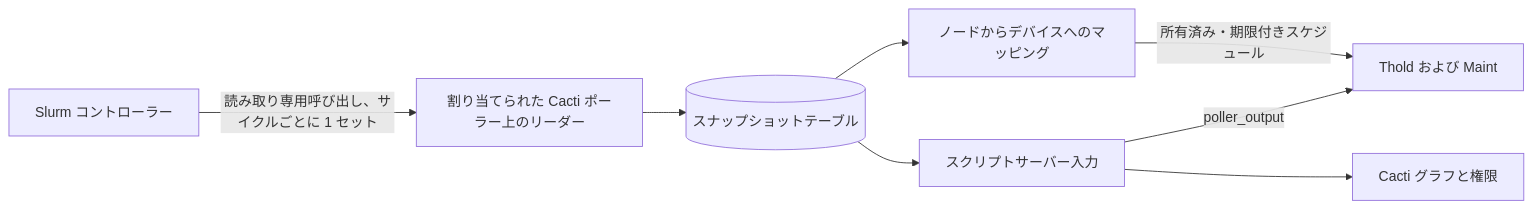
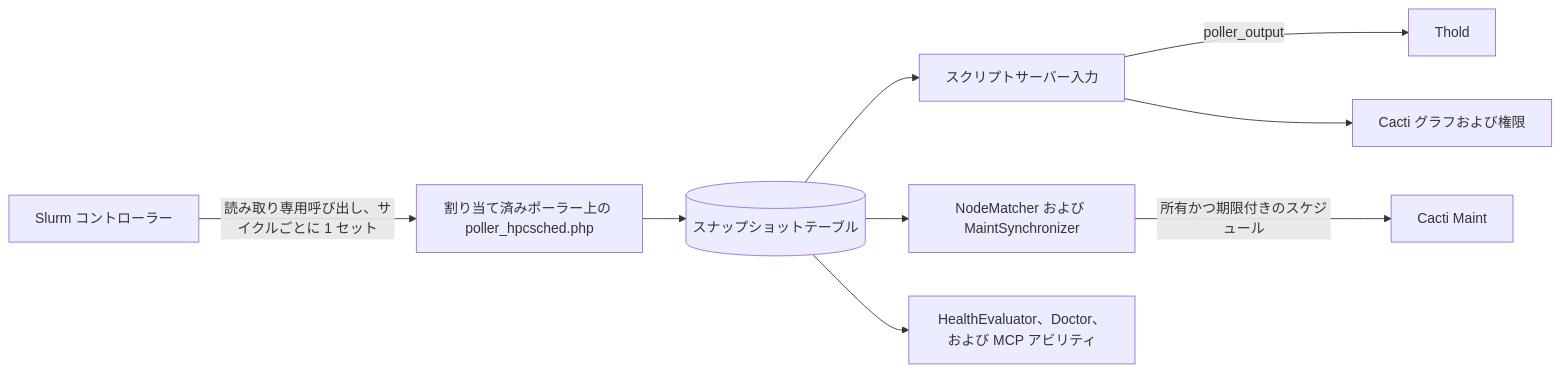
The diagram in docs/i18n/ja-JP/README.md (somethingwithproof/plugin_hpcsched), drawn with Mermaid before and after one commit. The commit also changed other lines of this file and 48 other files, not shown here.

````diff
--- a/docs/i18n/ja-JP/README.md
+++ b/docs/i18n/ja-JP/README.md
@@ -109,10 +163,11 @@
 ```mermaid
 flowchart LR
-    S[Slurm コントローラー] -->|読み取り専用呼び出し、サイクルごとに 1 セット| R[割り当てられた Cacti ポーラー上のリーダー]
+    S[Slurm コントローラー] -->|読み取り専用呼び出し、サイクルごとに 1 セット| R[割り当て済みポーラー上の poller_hpcsched.php]
     R --> SNAP[(スナップショットテーブル)]
     SNAP --> SS[スクリプトサーバー入力]
-    SS -->|poller_output| T[Thold および Maint]
-    SS --> G[Cacti グラフと権限]
-    SNAP --> MAP[ノードからデバイスへのマッピング]
-    MAP -->|所有済み・期限付きスケジュール| T
+    SS -->|poller_output| T[Thold]
+    SS --> G[Cacti グラフおよび権限]
+    SNAP --> MAP[NodeMatcher および MaintSynchronizer]
+    MAP -->|所有かつ期限付きのスケジュール| M[Cacti Maint]
+    SNAP --> H[HealthEvaluator、Doctor、および MCP アビリティ]
 ```
````
